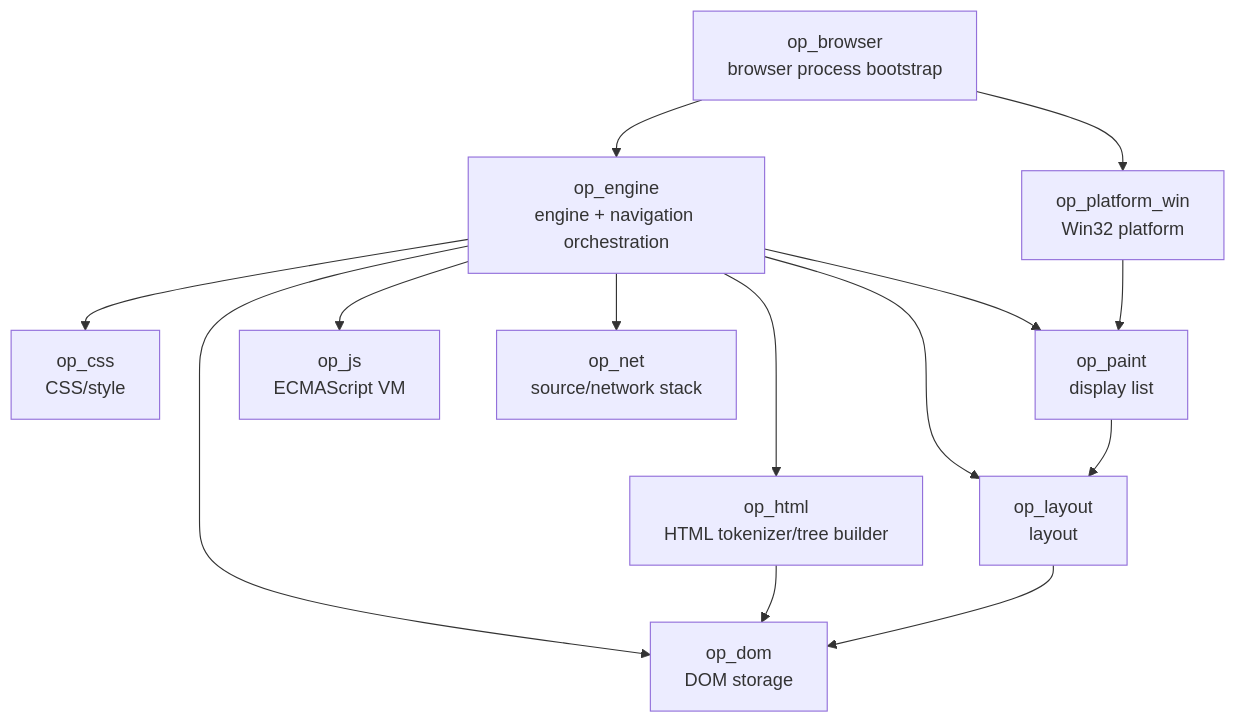
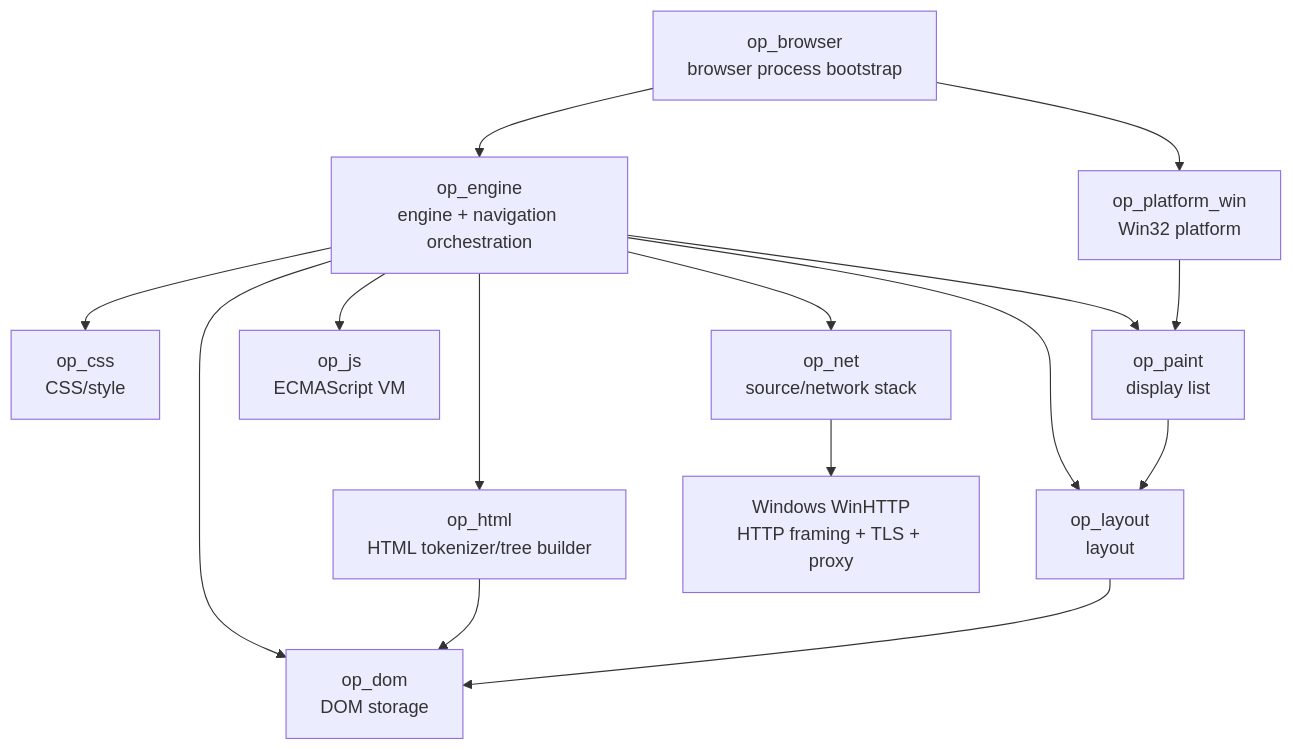
Before and after one commit to Gerbesh/OPBrowser: the first of 2 diagrams in docs/CODE_GRAPH.md, drawn with Mermaid. The commit also changed other lines of this file and 21 other files, not shown here.

````diff
--- a/docs/CODE_GRAPH.md
+++ b/docs/CODE_GRAPH.md
@@ -10,27 +10,29 @@
 ```mermaid
 graph TD
     B[op_browser<br/>browser process bootstrap]
     E[op_engine<br/>engine + navigation orchestration]
     W[op_platform_win<br/>Win32 platform]
     D[op_dom<br/>DOM storage]
     H[op_html<br/>HTML tokenizer/tree builder]
     C[op_css<br/>CSS/style]
     L[op_layout<br/>layout]
     P[op_paint<br/>display list]
     J[op_js<br/>ECMAScript VM]
     N[op_net<br/>source/network stack]
+    T[Windows WinHTTP<br/>HTTP framing + TLS + proxy]
 
     B --> E
     B --> W
     E --> D
     E --> H
     E --> C
     E --> L
     E --> P
     E --> J
     E --> N
+    N --> T
     H --> D
     L --> D
     P --> L
     W --> P
 ```
````
